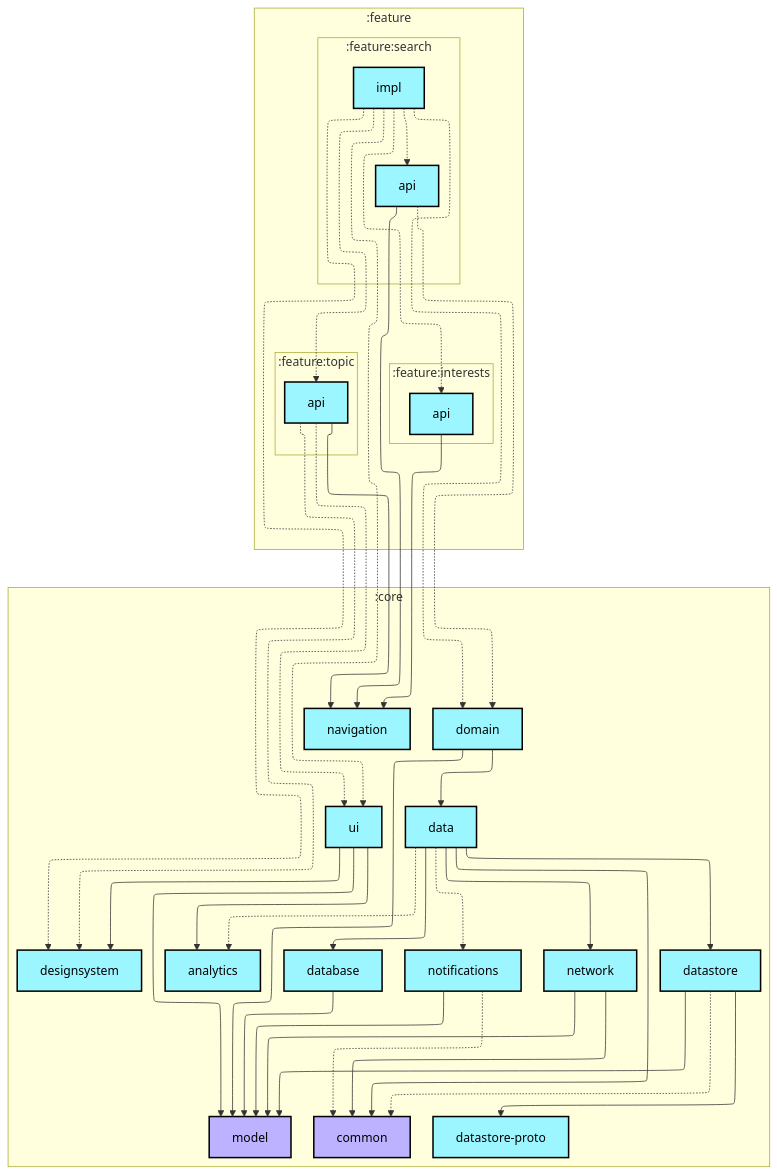
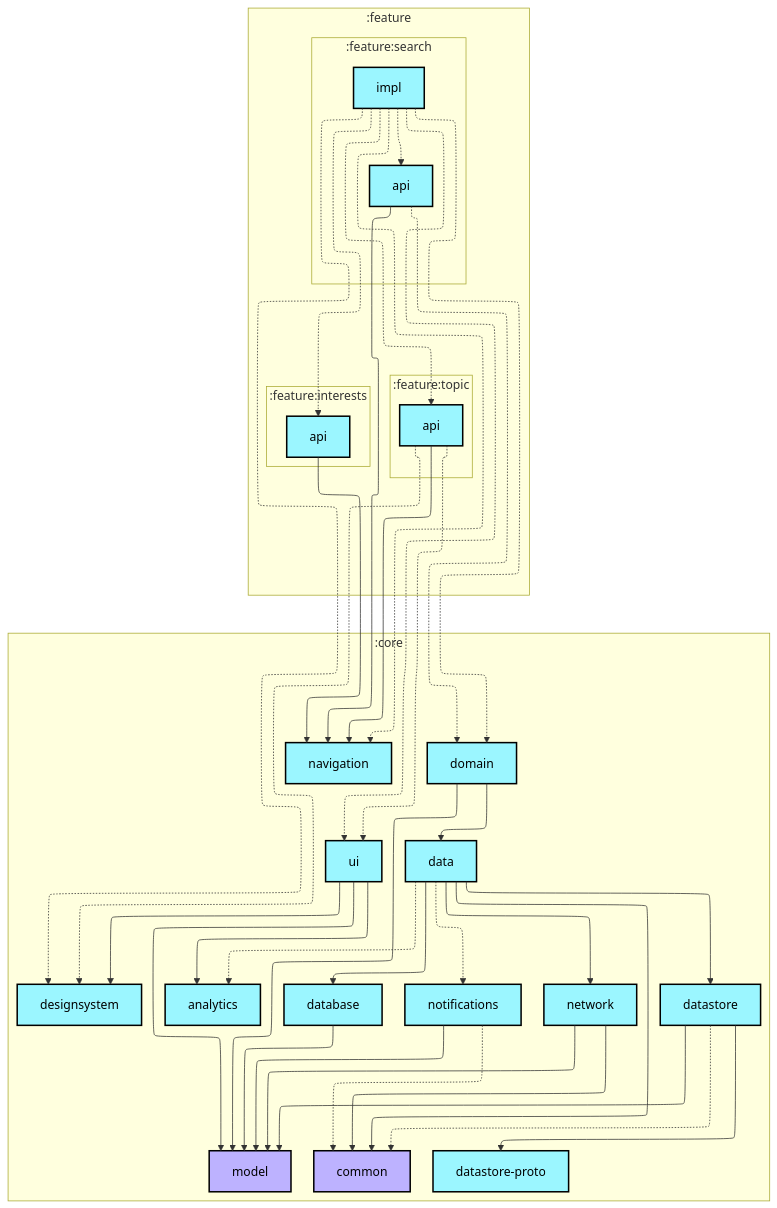
The first of 2 diagrams in feature/search/impl/README.md (android/nowinandroid), drawn with Mermaid before and after one commit. The commit also changed 17 other files, not shown here.

````diff
--- a/feature/search/impl/README.md
+++ b/feature/search/impl/README.md
@@ -6,80 +6,81 @@
 ```mermaid
 ---
 config:
   layout: elk
   elk:
     nodePlacementStrategy: SIMPLE
 ---
 graph TB
   subgraph :feature
     direction TB
     subgraph :feature:search
       direction TB
       :feature:search:api[api]:::android-library
       :feature:search:impl[impl]:::android-library
     end
     subgraph :feature:interests
       direction TB
       :feature:interests:api[api]:::android-library
     end
     subgraph :feature:topic
       direction TB
       :feature:topic:api[api]:::android-library
     end
   end
   subgraph :core
     direction TB
     :core:analytics[analytics]:::android-library
     :core:common[common]:::jvm-library
     :core:data[data]:::android-library
     :core:database[database]:::android-library
     :core:datastore[datastore]:::android-library
     :core:datastore-proto[datastore-proto]:::android-library
     :core:designsystem[designsystem]:::android-library
     :core:domain[domain]:::android-library
     :core:model[model]:::jvm-library
     :core:navigation[navigation]:::android-library
     :core:network[network]:::android-library
     :core:notifications[notifications]:::android-library
     :core:ui[ui]:::android-library
   end
 
   :core:data -.-> :core:analytics
   :core:data --> :core:common
   :core:data --> :core:database
   :core:data --> :core:datastore
   :core:data --> :core:network
   :core:data -.-> :core:notifications
   :core:database --> :core:model
   :core:datastore -.-> :core:common
   :core:datastore --> :core:datastore-proto
   :core:datastore --> :core:model
   :core:domain --> :core:data
   :core:domain --> :core:model
   :core:network --> :core:common
   :core:network --> :core:model
   :core:notifications -.-> :core:common
   :core:notifications --> :core:model
   :core:ui --> :core:analytics
   :core:ui --> :core:designsystem
   :core:ui --> :core:model
   :feature:interests:api --> :core:navigation
   :feature:search:api -.-> :core:domain
   :feature:search:api --> :core:navigation
   :feature:search:impl -.-> :core:designsystem
   :feature:search:impl -.-> :core:domain
+  :feature:search:impl -.-> :core:navigation
   :feature:search:impl -.-> :core:ui
   :feature:search:impl -.-> :feature:interests:api
   :feature:search:impl -.-> :feature:search:api
   :feature:search:impl -.-> :feature:topic:api
   :feature:topic:api -.-> :core:designsystem
   :feature:topic:api --> :core:navigation
   :feature:topic:api -.-> :core:ui
 
 classDef android-application fill:#CAFFBF,stroke:#000,stroke-width:2px,color:#000;
 classDef android-feature fill:#FFD6A5,stroke:#000,stroke-width:2px,color:#000;
 classDef android-library fill:#9BF6FF,stroke:#000,stroke-width:2px,color:#000;
 classDef android-test fill:#A0C4FF,stroke:#000,stroke-width:2px,color:#000;
 classDef jvm-library fill:#BDB2FF,stroke:#000,stroke-width:2px,color:#000;
 classDef unknown fill:#FFADAD,stroke:#000,stroke-width:2px,color:#000;
 ```
````
